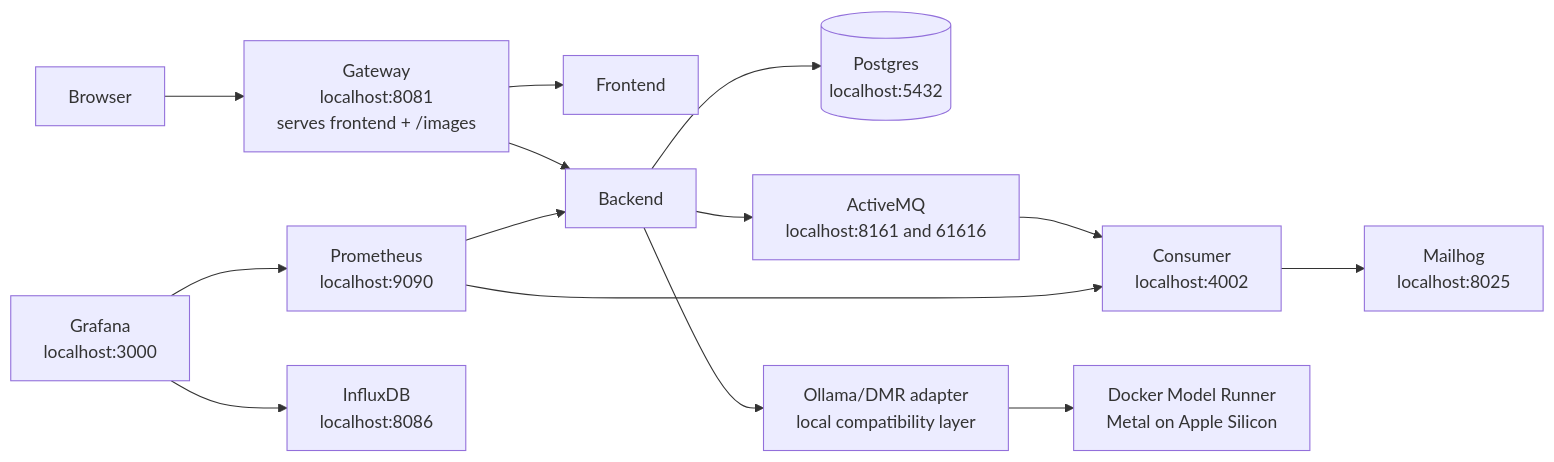
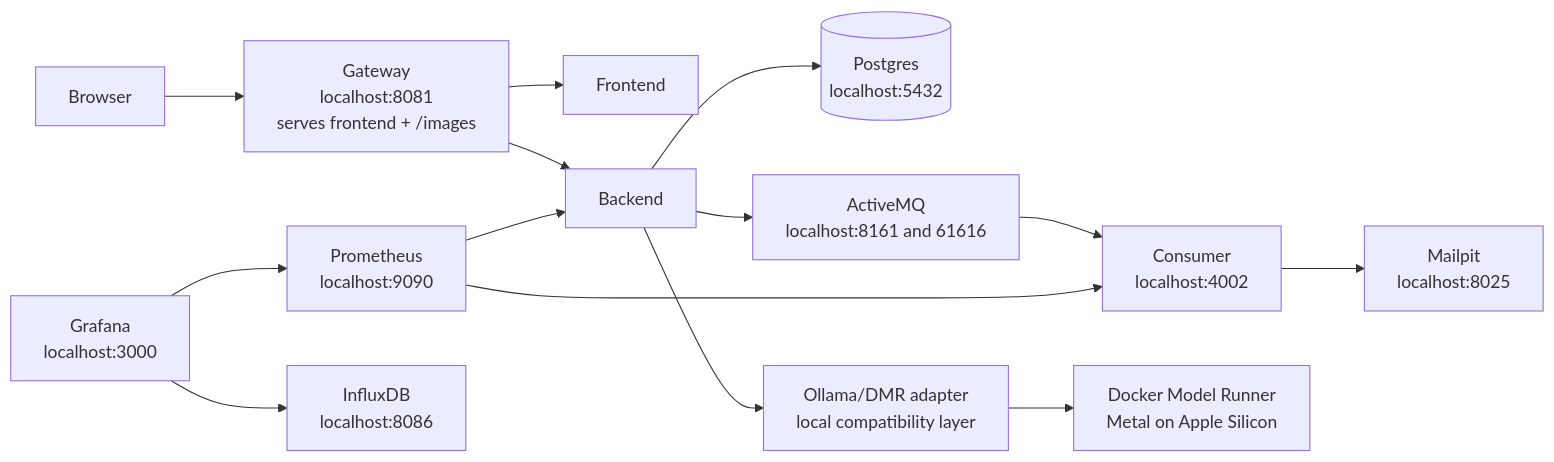
The second of 3 diagrams in README.md (slawekradzyminski/awesome-localstack), drawn with Mermaid before and after one commit. The commit also changed other lines of this file and 10 other files, not shown here.

````diff
--- a/README.md
+++ b/README.md
@@ -224,30 +224,30 @@
 ```mermaid
 flowchart LR
     U[Browser]
     G[Gateway<br/>localhost:8081<br/>serves frontend + /images]
     F[Frontend]
     B[Backend]
     DB[(Postgres<br/>localhost:5432)]
     MQ[ActiveMQ<br/>localhost:8161 and 61616]
     C[Consumer<br/>localhost:4002]
-    M[Mailhog<br/>localhost:8025]
+    M[Mailpit<br/>localhost:8025]
     A[Ollama/DMR adapter<br/>local compatibility layer]
     O[Docker Model Runner<br/>Metal on Apple Silicon]
     P[Prometheus<br/>localhost:9090]
     GR[Grafana<br/>localhost:3000]
     I[InfluxDB<br/>localhost:8086]
 
     U --> G
     G --> F
     G --> B
     B --> DB
     B --> MQ
     MQ --> C
     C --> M
     B --> A
     A --> O
     P --> B
     P --> C
     GR --> P
     GR --> I
 ```
````
